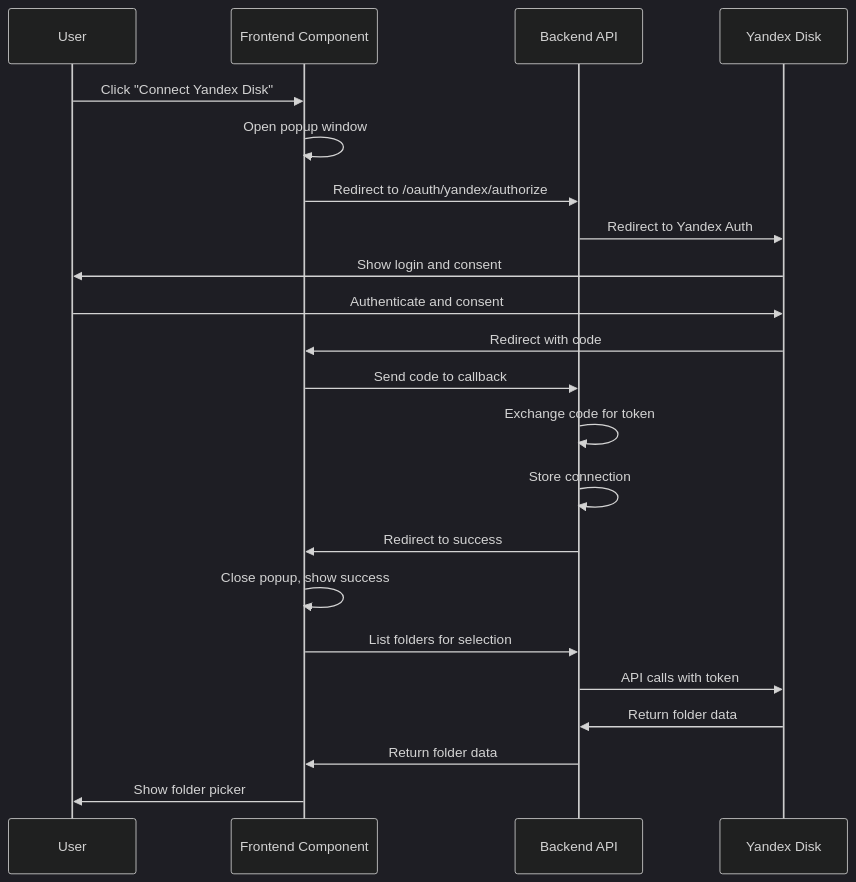
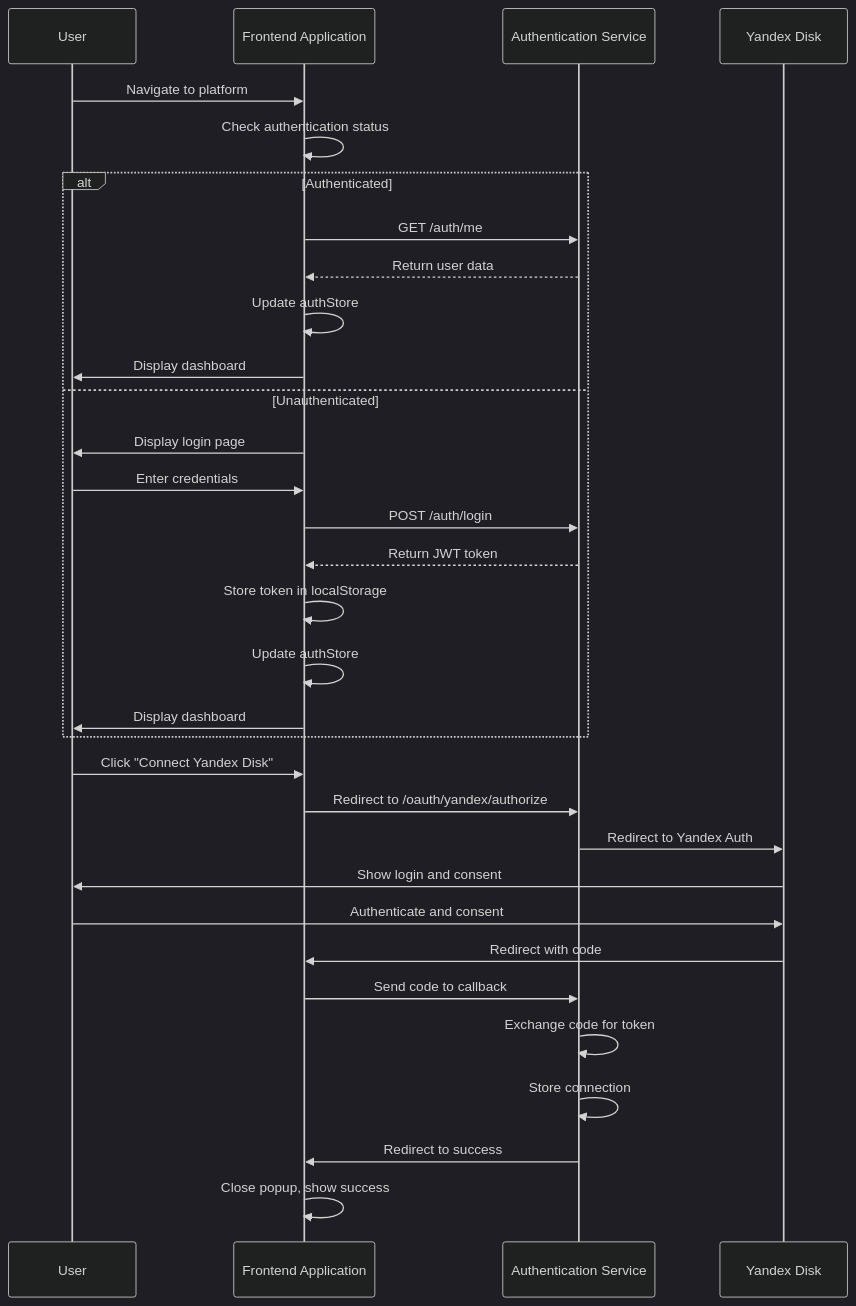
One commit to fegerV/ARV changed the seventh of 7 diagrams in .qoder/repowiki/en/content/Authentication & Authorization/Authentication & Authorization.md. Above: the diagram before and after it, drawn with Mermaid (dark theme). The commit also changed other lines of this file and 21 other files, not shown here.

````diff
--- a/.qoder/repowiki/en/content/Authentication & Authorization/Authentication & Authorization.md
+++ b/.qoder/repowiki/en/content/Authentication & Authorization/Authentication & Authorization.md
@@ -243,24 +301,34 @@
 ```mermaid
 sequenceDiagram
 participant User as User
-participant Frontend as Frontend Component
-participant Backend as Backend API
+participant Frontend as Frontend Application
+participant Backend as Authentication Service
 participant Yandex as Yandex Disk
+User->>Frontend : Navigate to platform
+Frontend->>Frontend : Check authentication status
+alt Authenticated
+Frontend->>Backend : GET /auth/me
+Backend-->>Frontend : Return user data
+Frontend->>Frontend : Update authStore
+Frontend->>User : Display dashboard
+else Unauthenticated
+Frontend->>User : Display login page
+User->>Frontend : Enter credentials
+Frontend->>Backend : POST /auth/login
+Backend-->>Frontend : Return JWT token
+Frontend->>Frontend : Store token in localStorage
+Frontend->>Frontend : Update authStore
+Frontend->>User : Display dashboard
+end
 User->>Frontend : Click "Connect Yandex Disk"
-Frontend->>Frontend : Open popup window
 Frontend->>Backend : Redirect to /oauth/yandex/authorize
 Backend->>Yandex : Redirect to Yandex Auth
 Yandex->>User : Show login and consent
 User->>Yandex : Authenticate and consent
 Yandex->>Frontend : Redirect with code
 Frontend->>Backend : Send code to callback
 Backend->>Backend : Exchange code for token
 Backend->>Backend : Store connection
 Backend->>Frontend : Redirect to success
 Frontend->>Frontend : Close popup, show success
-Frontend->>Backend : List folders for selection
-Backend->>Yandex : API calls with token
-Yandex->>Backend : Return folder data
-Backend->>Frontend : Return folder data
-Frontend->>User : Show folder picker
 ```
````
